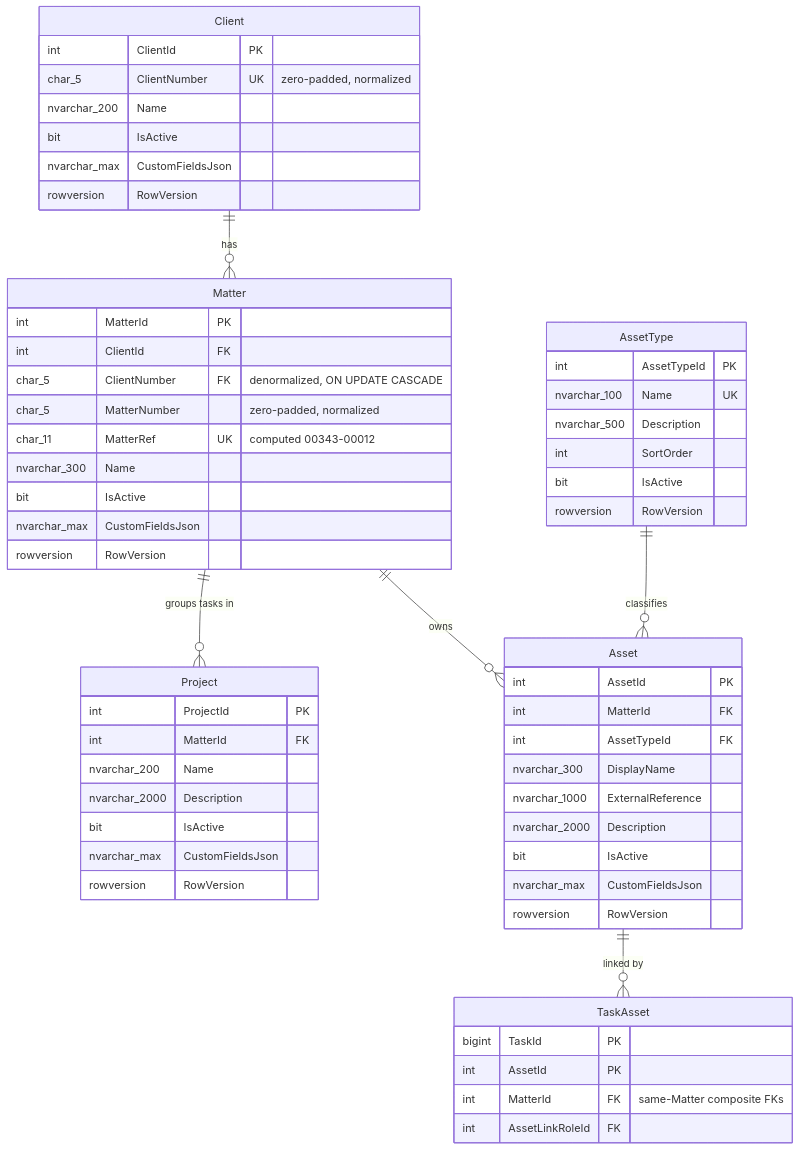
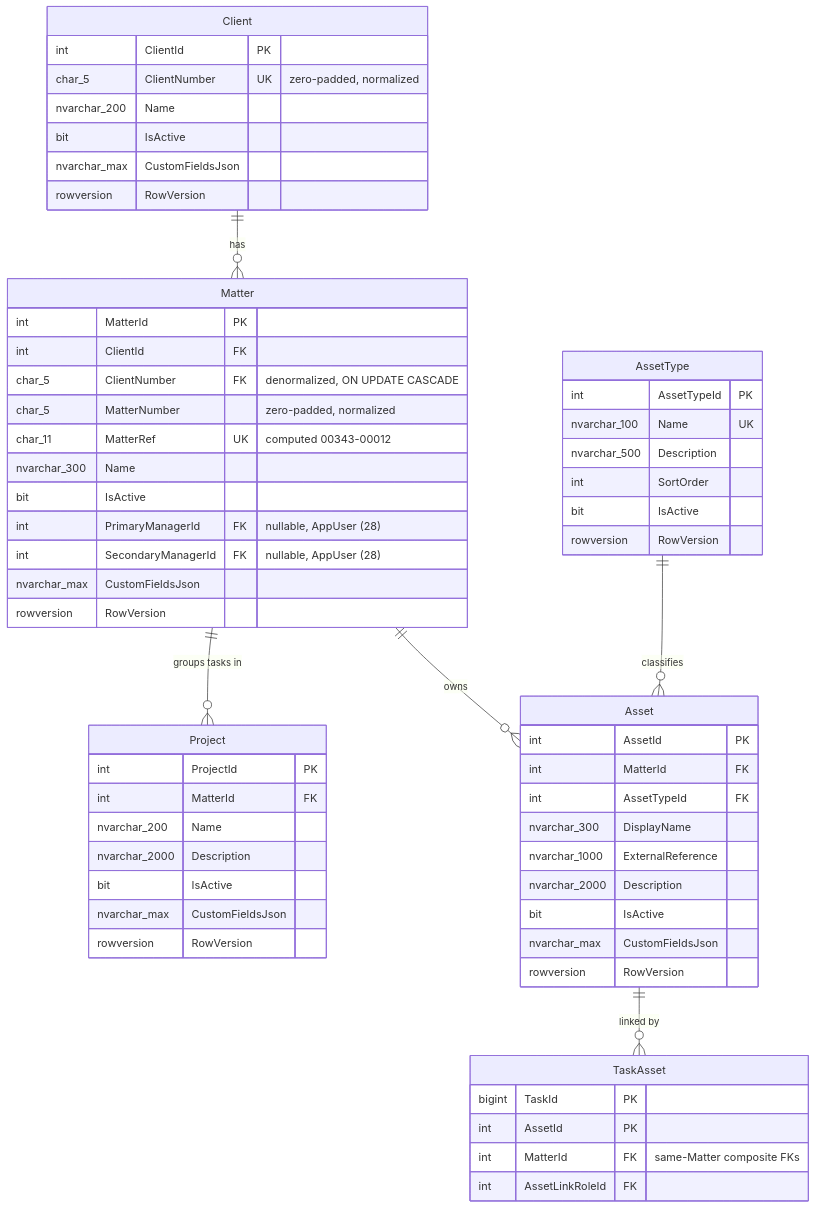
The second of 7 diagrams in docs/erd.md (dent-ist/MatterFlow), drawn with Mermaid before and after one commit. The commit also changed other lines of this file and 11 other files, not shown here.

````diff
--- a/docs/erd.md
+++ b/docs/erd.md
@@ -73,62 +73,64 @@
 ```mermaid
 erDiagram
   Client ||--o{ Matter : "has"
   Matter ||--o{ Project : "groups tasks in"
   Matter ||--o{ Asset : "owns"
   AssetType ||--o{ Asset : "classifies"
   Asset ||--o{ TaskAsset : "linked by"
 
   Client {
     int ClientId PK
     char_5 ClientNumber UK "zero-padded, normalized"
     nvarchar_200 Name
     bit IsActive
     nvarchar_max CustomFieldsJson
     rowversion RowVersion
   }
   Matter {
     int MatterId PK
     int ClientId FK
     char_5 ClientNumber FK "denormalized, ON UPDATE CASCADE"
     char_5 MatterNumber "zero-padded, normalized"
     char_11 MatterRef UK "computed 00343-00012"
     nvarchar_300 Name
     bit IsActive
+    int PrimaryManagerId FK "nullable, AppUser (28)"
+    int SecondaryManagerId FK "nullable, AppUser (28)"
     nvarchar_max CustomFieldsJson
     rowversion RowVersion
   }
   Project {
     int ProjectId PK
     int MatterId FK
     nvarchar_200 Name
     nvarchar_2000 Description
     bit IsActive
     nvarchar_max CustomFieldsJson
     rowversion RowVersion
   }
   AssetType {
     int AssetTypeId PK
     nvarchar_100 Name UK
     nvarchar_500 Description
     int SortOrder
     bit IsActive
     rowversion RowVersion
   }
   Asset {
     int AssetId PK
     int MatterId FK
     int AssetTypeId FK
     nvarchar_300 DisplayName
     nvarchar_1000 ExternalReference
     nvarchar_2000 Description
     bit IsActive
     nvarchar_max CustomFieldsJson
     rowversion RowVersion
   }
   TaskAsset {
     bigint TaskId PK
     int AssetId PK
     int MatterId FK "same-Matter composite FKs"
     int AssetLinkRoleId FK
   }
 ```
````
